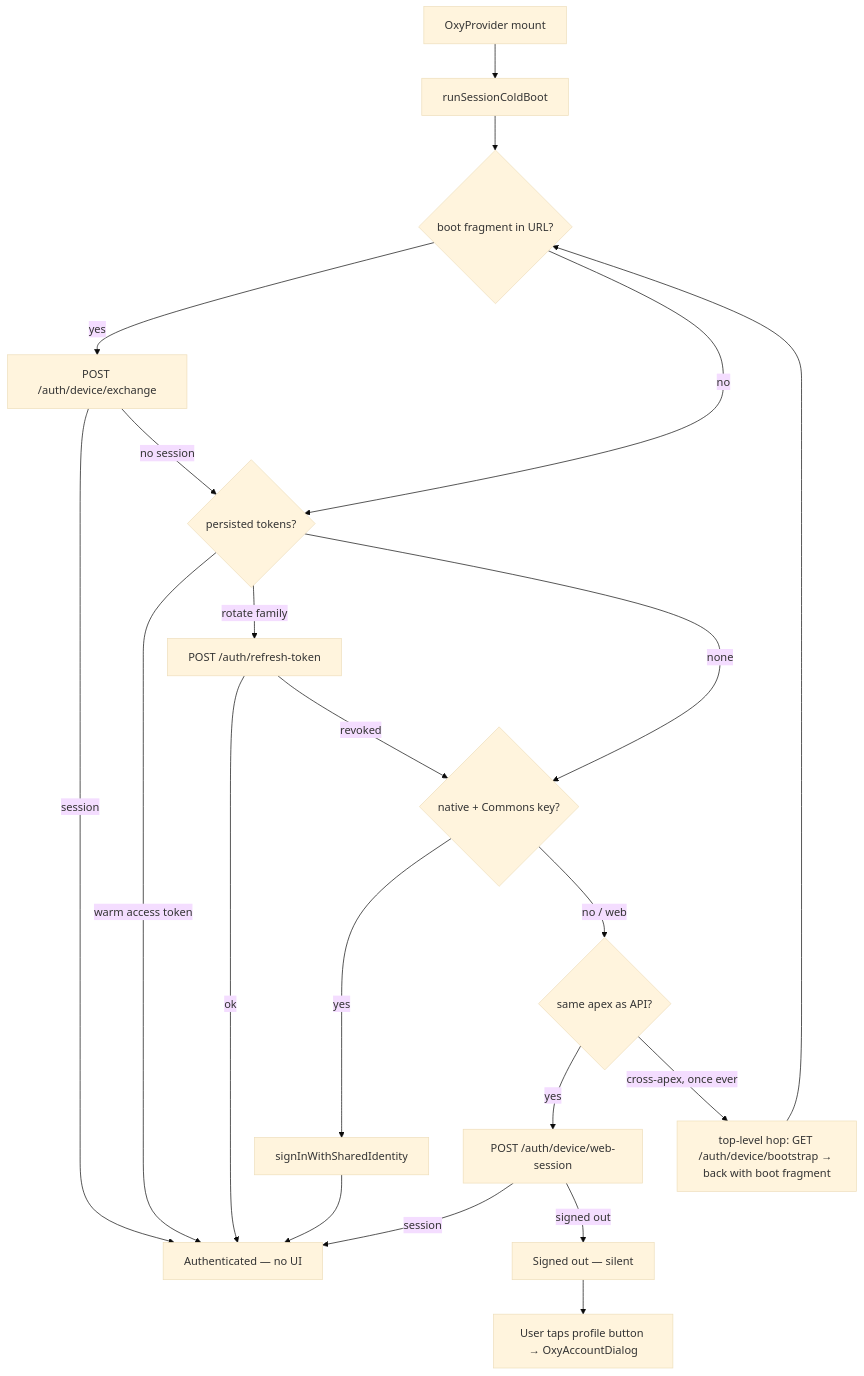
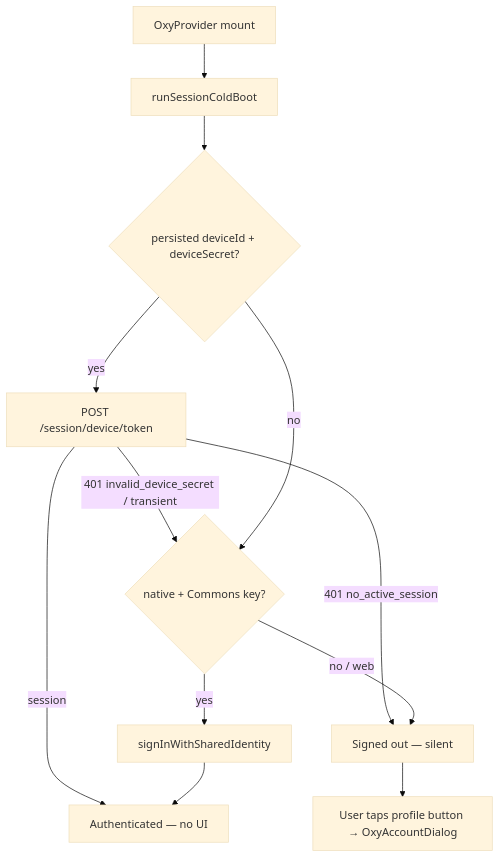
Before and after one commit to OxyHQ/OxyHQServices: the first of 2 diagrams in docs/SESSION-ARCHITECTURE.md, drawn with Mermaid (base theme). The commit also changed other lines of this file and 101 other files, not shown here.

First line of the commit message:
refactor(auth): zero-cookie cutover — delete deviceAuth, oxy_device cookie, refresh family + deviceToken lane

````diff
--- a/docs/SESSION-ARCHITECTURE.md
+++ b/docs/SESSION-ARCHITECTURE.md
@@ -116,23 +113,14 @@
 ```mermaid
 flowchart TD
   Mount["OxyProvider mount"] --> CB["runSessionColdBoot"]
-  CB --> Frag{"boot fragment in URL?"}
-  Frag -->|yes| Exchange["POST /auth/device/exchange"]
-  Exchange -->|session| In["Authenticated — no UI"]
-  Exchange -->|no session| Stored
-  Frag -->|no| Stored{"persisted tokens?"}
-  Stored -->|warm access token| In
-  Stored -->|rotate family| Rotate["POST /auth/refresh-token"]
-  Rotate -->|ok| In
-  Rotate -->|revoked| Native
-  Stored -->|none| Native{"native + Commons key?"}
+  CB --> Secret{"persisted deviceId + deviceSecret?"}
+  Secret -->|yes| Mint["POST /session/device/token"]
+  Mint -->|session| In["Authenticated — no UI"]
+  Mint -->|"401 no_active_session"| Out["Signed out — silent"]
+  Mint -->|"401 invalid_device_secret / transient"| Native
+  Secret -->|no| Native{"native + Commons key?"}
   Native -->|yes| Shared["signInWithSharedIdentity"]
   Shared --> In
-  Native -->|no / web| Apex{"same apex as API?"}
-  Apex -->|yes| WS["POST /auth/device/web-session"]
-  WS -->|session| In
-  WS -->|signed out| Out["Signed out — silent"]
-  Apex -->|"cross-apex, once ever"| Hop["top-level hop: GET /auth/device/bootstrap → back with boot fragment"]
-  Hop --> Frag
+  Native -->|"no / web"| Out
   Out --> Btn["User taps profile button → OxyAccountDialog"]
 ```
````
